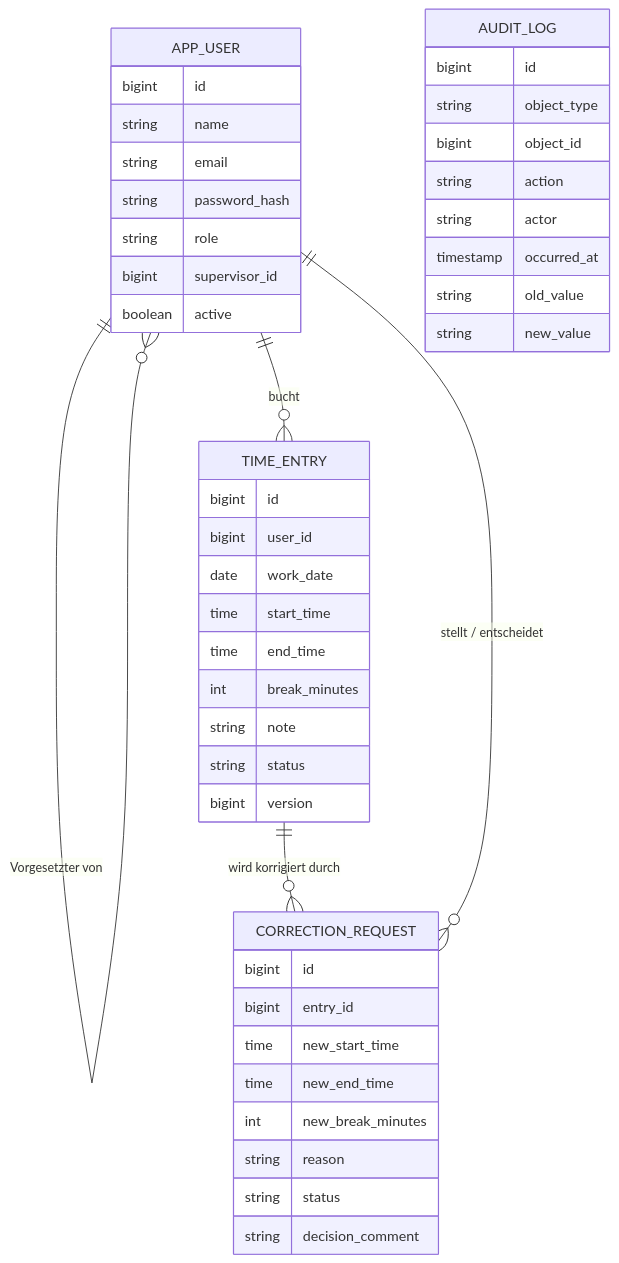
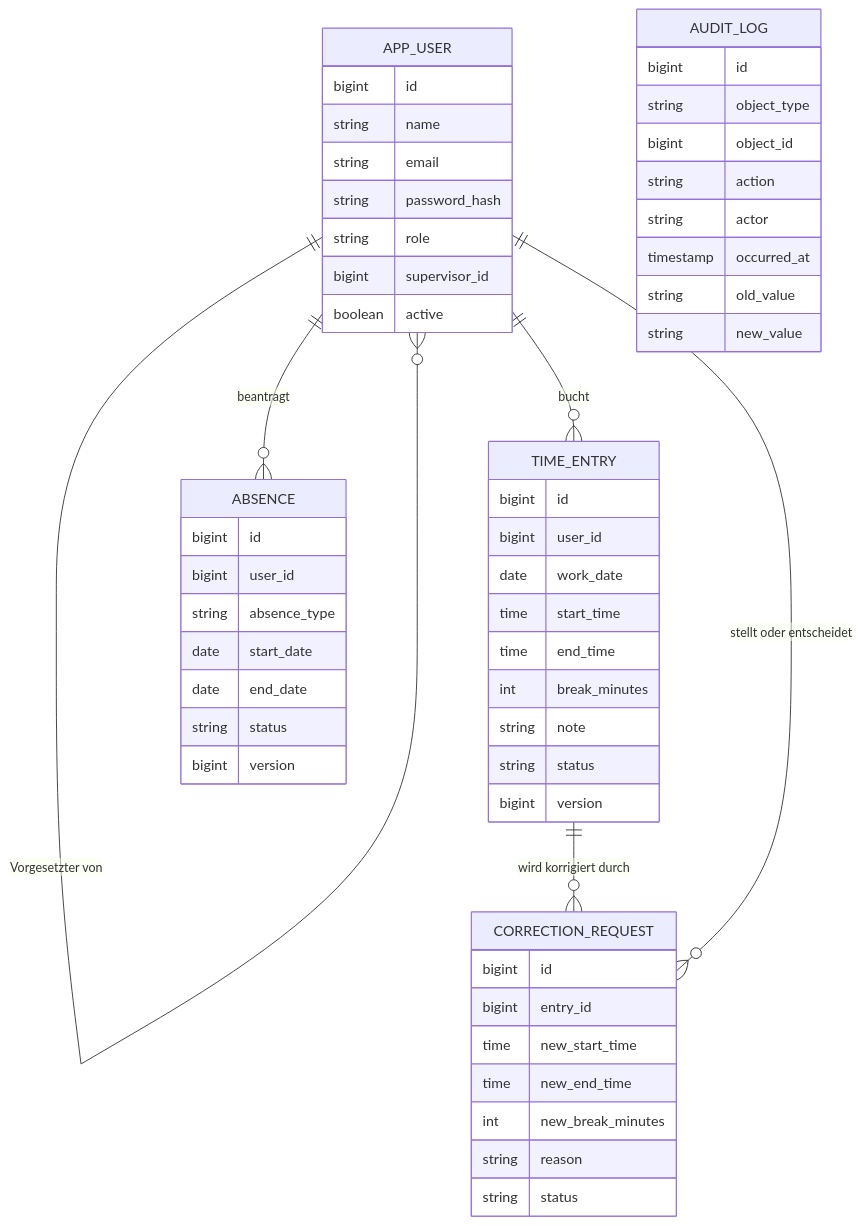
The second of 2 diagrams in README.md (Ehsantba/zeiterfassung-spring-boot), drawn with Mermaid before and after one commit. The commit also changed other lines of this file and 2 other files, not shown here.

````diff
--- a/README.md
+++ b/README.md
@@ -78,47 +87,56 @@
 ```mermaid
 erDiagram
     APP_USER ||--o{ APP_USER : "Vorgesetzter von"
     APP_USER ||--o{ TIME_ENTRY : bucht
+    APP_USER ||--o{ ABSENCE : beantragt
     TIME_ENTRY ||--o{ CORRECTION_REQUEST : "wird korrigiert durch"
-    APP_USER ||--o{ CORRECTION_REQUEST : "stellt / entscheidet"
+    APP_USER ||--o{ CORRECTION_REQUEST : "stellt oder entscheidet"
     APP_USER {
         bigint id
         string name
         string email
         string password_hash
         string role
         bigint supervisor_id
         boolean active
     }
     TIME_ENTRY {
         bigint id
         bigint user_id
         date work_date
         time start_time
         time end_time
         int break_minutes
         string note
         string status
         bigint version
     }
     CORRECTION_REQUEST {
         bigint id
         bigint entry_id
         time new_start_time
         time new_end_time
         int new_break_minutes
         string reason
         string status
-        string decision_comment
+    }
+    ABSENCE {
+        bigint id
+        bigint user_id
+        string absence_type
+        date start_date
+        date end_date
+        string status
+        bigint version
     }
     AUDIT_LOG {
         bigint id
         string object_type
         bigint object_id
         string action
         string actor
         timestamp occurred_at
         string old_value
         string new_value
     }
 ```
````
